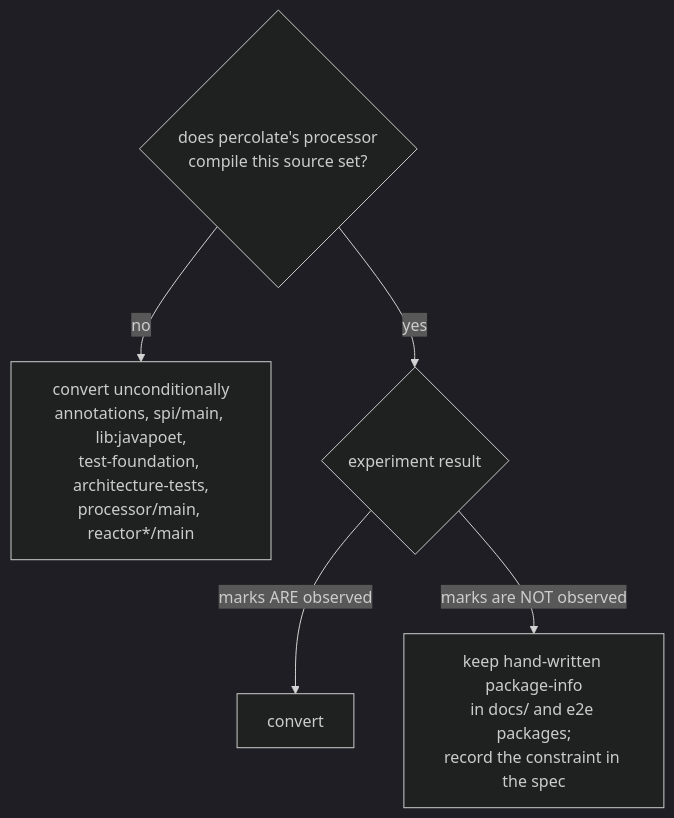
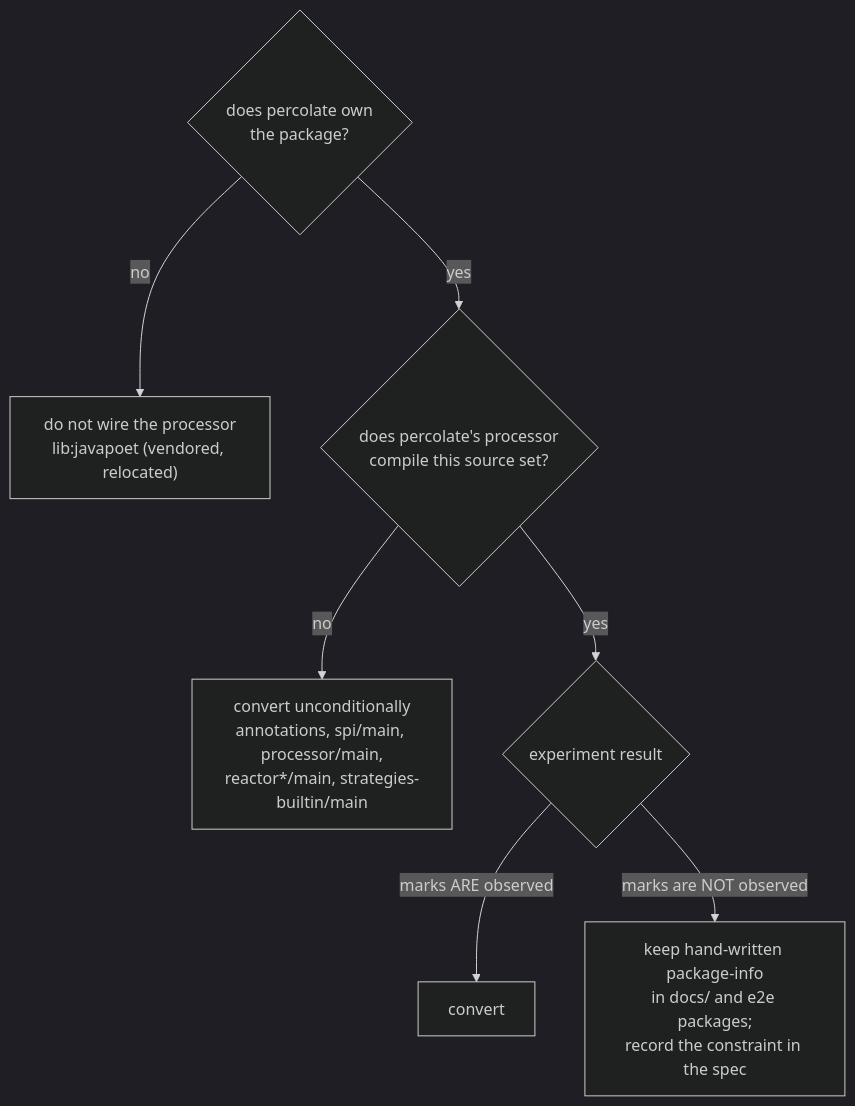
Before and after one commit to joke/percolate: the fifth of 5 diagrams in openspec/changes/adopt-conventional-version-and-null-marking/design.md, drawn with Mermaid (dark theme). The commit also changed other lines of this file and 6 other files, not shown here.

````diff
--- a/openspec/changes/adopt-conventional-version-and-null-marking/design.md
+++ b/openspec/changes/adopt-conventional-version-and-null-marking/design.md
@@ -194,8 +195,10 @@
 ```mermaid
 graph TD
-    Q{"does percolate's processor<br/>compile this source set?"}
-    Q -->|no| SAFE["convert unconditionally<br/>annotations, spi/main, lib:javapoet,<br/>test-foundation, architecture-tests,<br/>processor/main, reactor*/main"]
+    O{"does percolate own<br/>the package?"}
+    O -->|no| VENDOR["do not wire the processor<br/>lib:javapoet (vendored, relocated)"]
+    O -->|yes| Q{"does percolate's processor<br/>compile this source set?"}
+    Q -->|no| SAFE["convert unconditionally<br/>annotations, spi/main, processor/main,<br/>reactor*/main, strategies-builtin/main"]
     Q -->|yes| GATE{"experiment result"}
     GATE -->|"marks ARE observed"| CONV["convert"]
     GATE -->|"marks are NOT observed"| KEEP["keep hand-written package-info<br/>in docs/ and e2e packages;<br/>record the constraint in the spec"]
 ```
````
